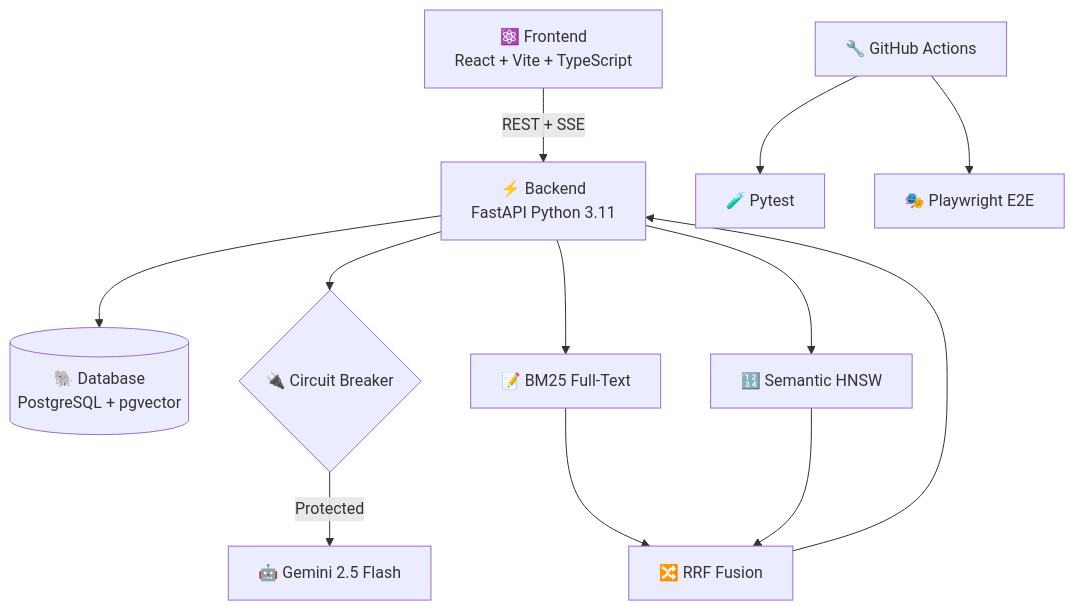
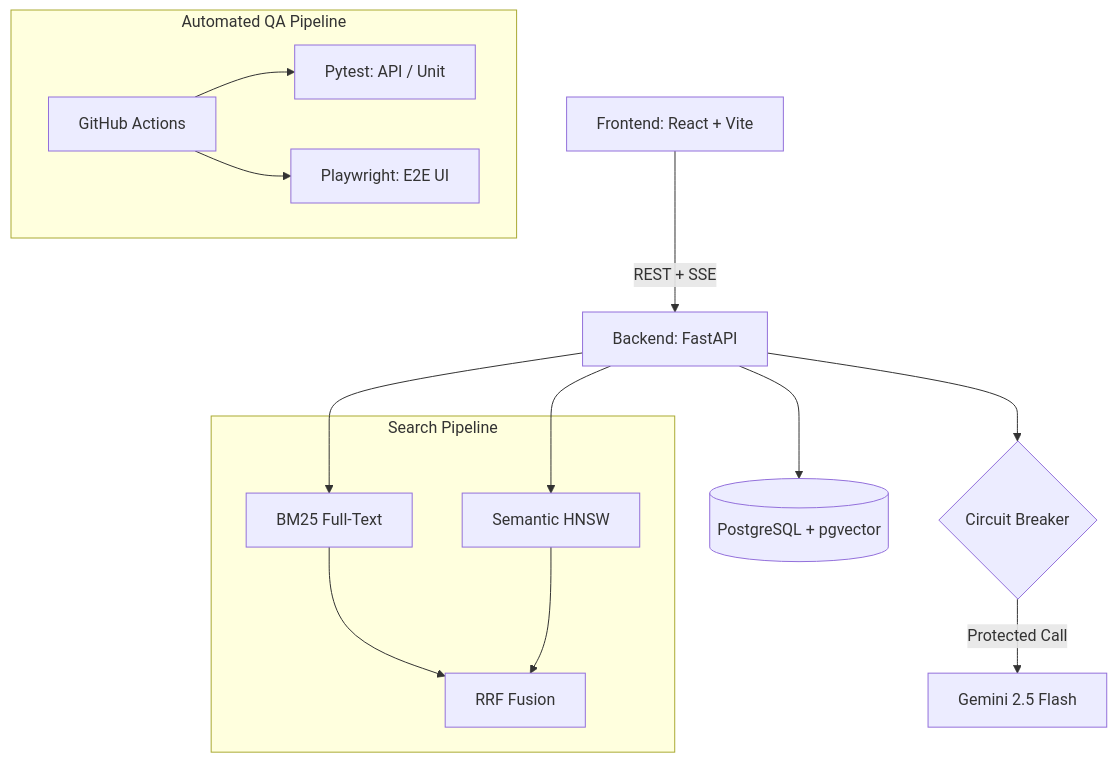
The diagram in README.md (minhtoanvu/VN-Legal-Platform), drawn with Mermaid before and after one commit.

Commit message:
fix: restore subgraph style, fix by connecting to nodes inside subgraph

````diff
--- a/README.md
+++ b/README.md
@@ -56,26 +56,19 @@
 ```mermaid
 graph TD
-    UI["⚛️ Frontend\nReact + Vite + TypeScript"]
-    API["⚡ Backend\nFastAPI Python 3.11"]
-    DB[("🐘 Database\nPostgreSQL + pgvector")]
-    CB{"🔌 Circuit Breaker"}
-    LLM["🤖 Gemini 2.5 Flash"]
-    BM25["📝 BM25 Full-Text"]
-    SEM["🔢 Semantic HNSW"]
-    RRF["🔀 RRF Fusion"]
-    GH["🔧 GitHub Actions"]
-    Pytest["🧪 Pytest"]
-    PW["🎭 Playwright E2E"]
-
-    UI -->|REST + SSE| API
-    API --> DB
-    API --> CB
-    CB -->|Protected| LLM
+    UI["Frontend: React + Vite"] -->|REST + SSE| API["Backend: FastAPI"]
+    API --> DB[("PostgreSQL + pgvector")]
+    API --> CB{"Circuit Breaker"}
+    CB -->|Protected Call| LLM["Gemini 2.5 Flash"]
     API --> BM25
     API --> SEM
-    BM25 --> RRF
-    SEM --> RRF
-    RRF --> API
-    GH --> Pytest
-    GH --> PW
+
+    subgraph SearchPipeline ["Search Pipeline"]
+        BM25["BM25 Full-Text"] --> RRF["RRF Fusion"]
+        SEM["Semantic HNSW"] --> RRF
+    end
+
+    subgraph QAOps ["Automated QA Pipeline"]
+        GH["GitHub Actions"] --> Pytest["Pytest: API / Unit"]
+        GH --> PL["Playwright: E2E UI"]
+    end
 ```
````
